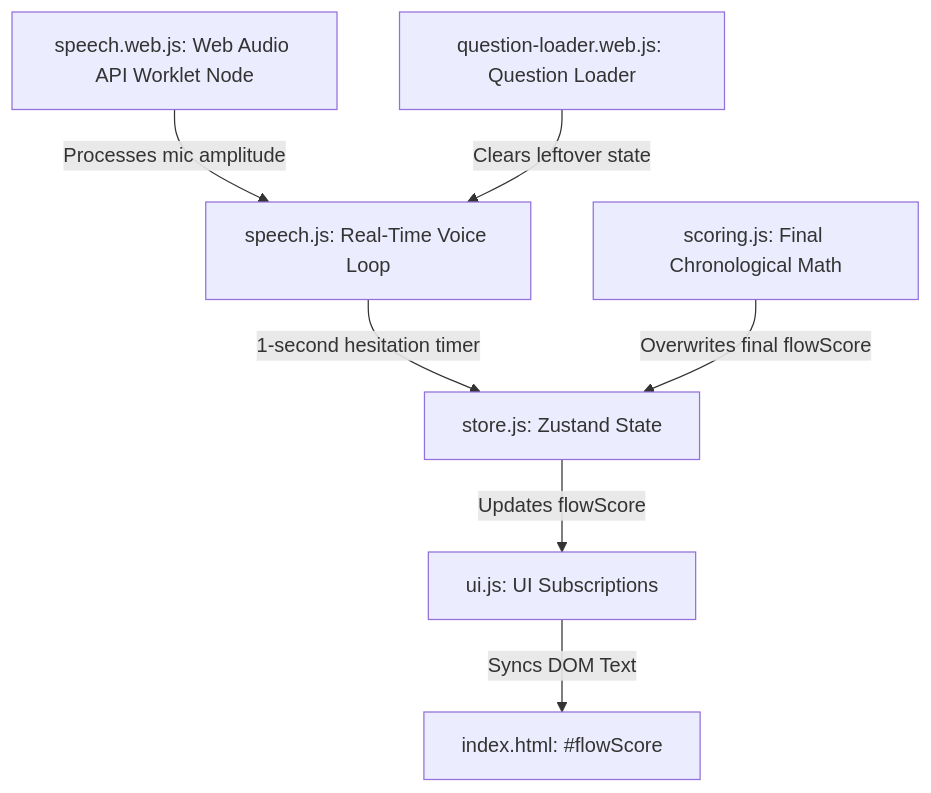
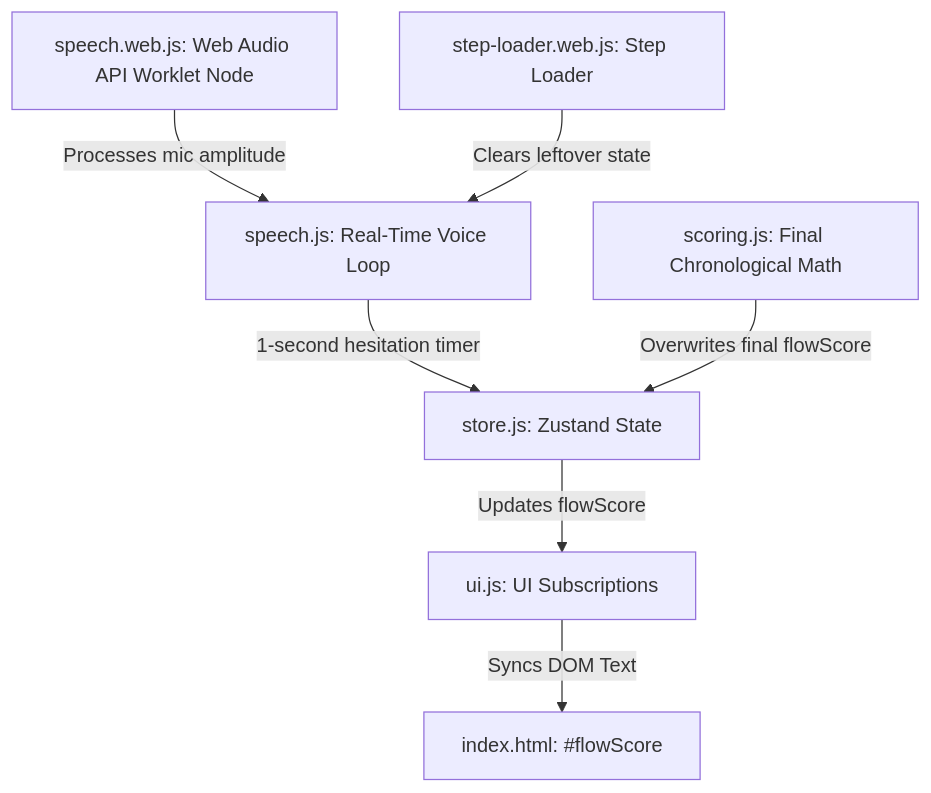
One commit to joelipi/uffenglish changed the diagram in hesitation_scoring_brief.md. Above: the diagram before and after it, drawn with Mermaid. The commit also changed other lines of this file and 24 other files, not shown here.

First line of the commit message:
refactor: Rename 'question' to 'step' and 'inputType' to 'stepType'

````diff
--- a/hesitation_scoring_brief.md
+++ b/hesitation_scoring_brief.md
@@ -20,9 +20,9 @@
 ```mermaid
 graph TD
     A[store.js: Zustand State] -- Updates flowScore --> B[ui.js: UI Subscriptions]
     B -- Syncs DOM Text --> C[index.html: #flowScore]
     D[speech.js: Real-Time Voice Loop] -- 1-second hesitation timer --> A
     E[speech.web.js: Web Audio API Worklet Node] -- Processes mic amplitude --> D
-    F[question-loader.web.js: Question Loader] -- Clears leftover state --> D
+    F[step-loader.web.js: Step Loader] -- Clears leftover state --> D
     G[scoring.js: Final Chronological Math] -- Overwrites final flowScore --> A
 ```
````
